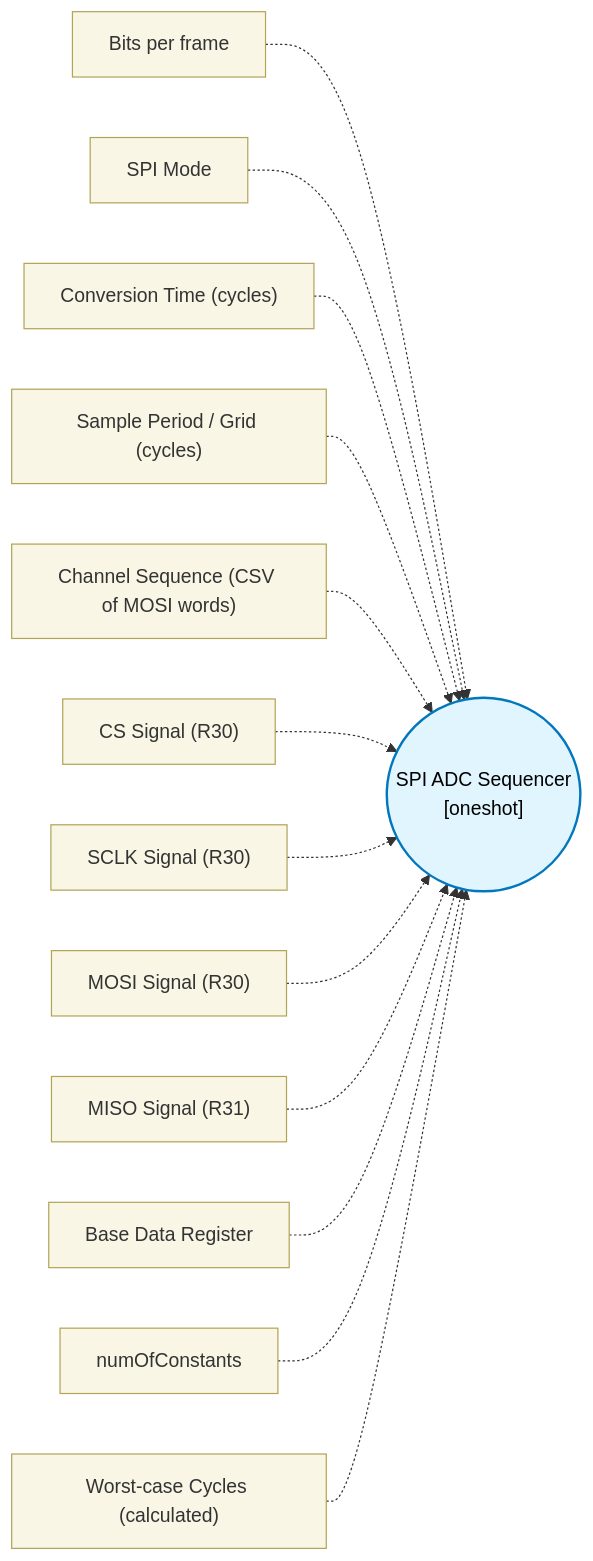
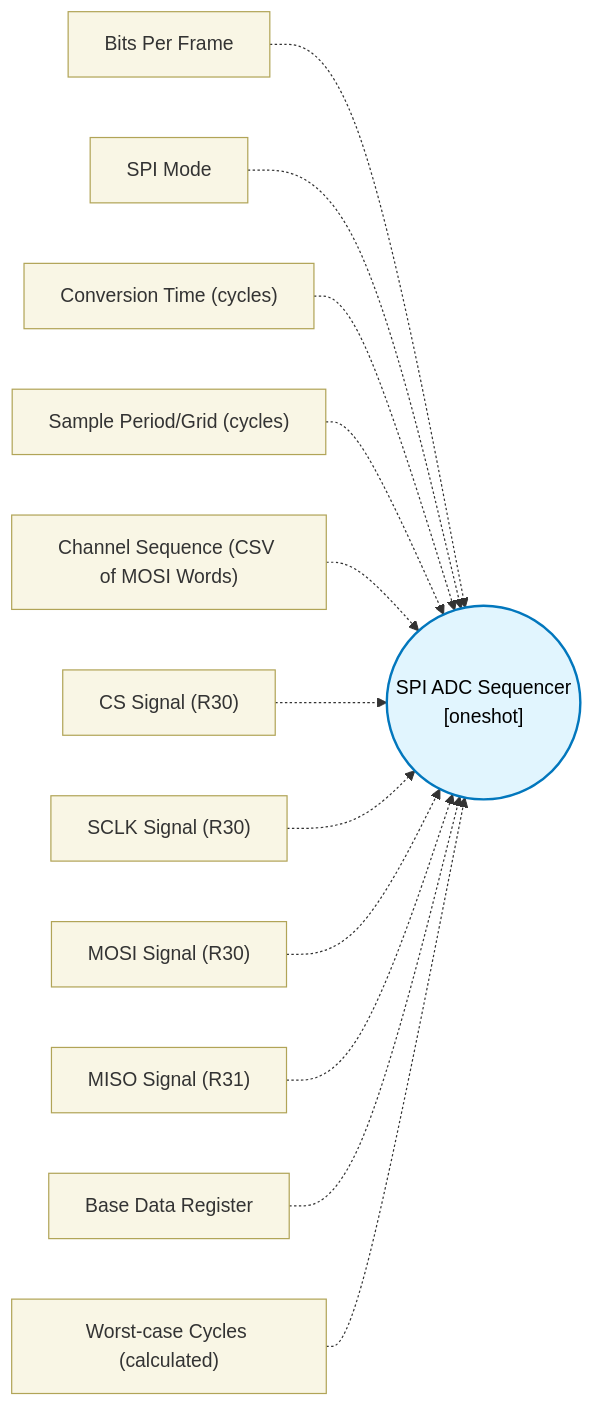
One commit to TexasInstruments/pru-no-code-tool changed the diagram in docs/block-reference/blocks/spi_adc_sequencer_block/design.md. Above: the diagram before and after it, drawn with Mermaid. The commit also changed other lines of this file and 89 other files, not shown here.

````diff
--- a/docs/block-reference/blocks/spi_adc_sequencer_block/design.md
+++ b/docs/block-reference/blocks/spi_adc_sequencer_block/design.md
@@ -11,18 +11,17 @@
 ```mermaid
 flowchart LR
   classDef config fill:#f9f6e5,stroke:#b1a457,stroke-width:1px,color:#333;
   classDef core fill:#e1f5fe,stroke:#0277bd,stroke-width:2px,color:#000;
   CORE(("SPI ADC Sequencer\n[oneshot]")):::core
-  CFG0["Bits per frame"]:::config -.-> CORE
+  CFG0["Bits Per Frame"]:::config -.-> CORE
   CFG1["SPI Mode"]:::config -.-> CORE
   CFG2["Conversion Time (cycles)"]:::config -.-> CORE
-  CFG3["Sample Period / Grid (cycles)"]:::config -.-> CORE
-  CFG4["Channel Sequence (CSV of MOSI words)"]:::config -.-> CORE
+  CFG3["Sample Period/Grid (cycles)"]:::config -.-> CORE
+  CFG4["Channel Sequence (CSV of MOSI Words)"]:::config -.-> CORE
   CFG5["CS Signal (R30)"]:::config -.-> CORE
   CFG6["SCLK Signal (R30)"]:::config -.-> CORE
   CFG7["MOSI Signal (R30)"]:::config -.-> CORE
   CFG8["MISO Signal (R31)"]:::config -.-> CORE
   CFG9["Base Data Register"]:::config -.-> CORE
-  CFG10["numOfConstants"]:::config -.-> CORE
-  CFG11["Worst-case Cycles (calculated)"]:::config -.-> CORE
+  CFG10["Worst-case Cycles (calculated)"]:::config -.-> CORE
 ```
````
